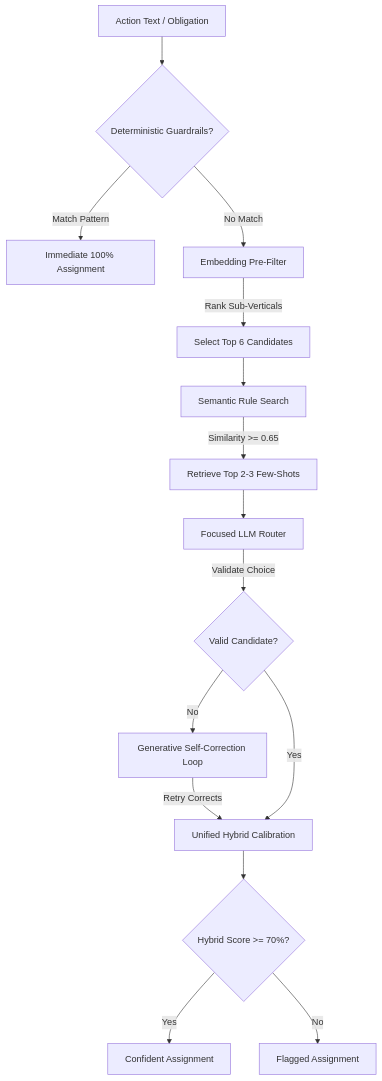
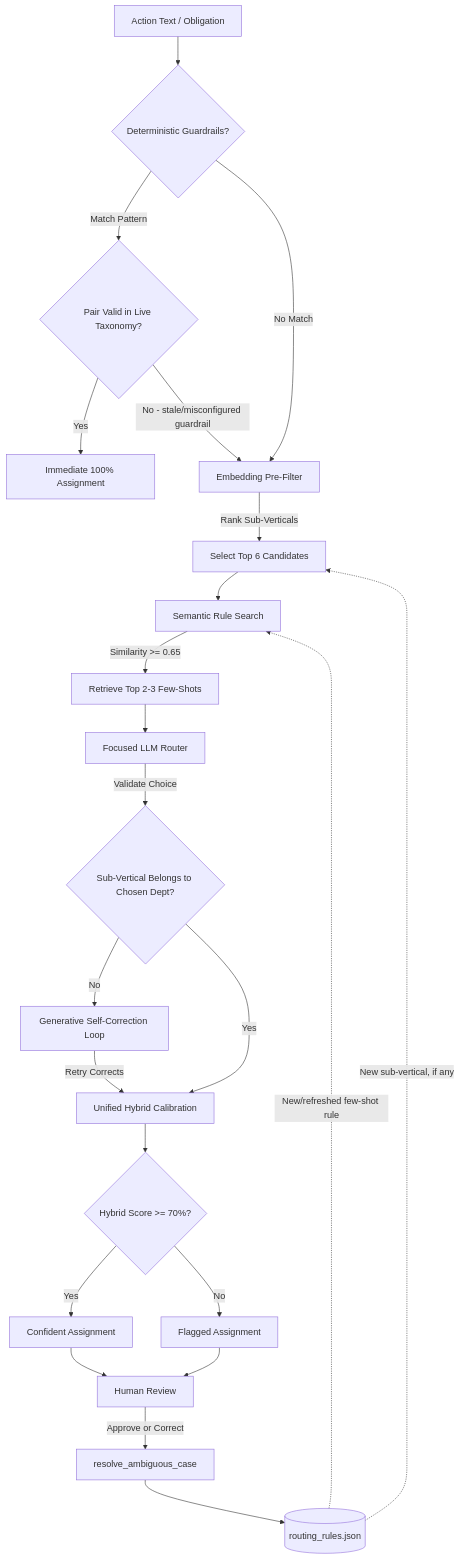
One commit to anshi-kandulna/arca changed the diagram in backend/routing_agent/README.md. Above: the diagram before and after it, drawn with Mermaid. The commit also changed other lines of this file and 1 other file, not shown here.

````diff
--- a/backend/routing_agent/README.md
+++ b/backend/routing_agent/README.md
@@ -13,17 +13,25 @@
 ```mermaid
 graph TD
     A[Action Text / Obligation] --> B{Deterministic Guardrails?}
-    B -->|Match Pattern| C[Immediate 100% Assignment]
+    B -->|Match Pattern| B2{Pair Valid in Live Taxonomy?}
+    B2 -->|Yes| C[Immediate 100% Assignment]
+    B2 -->|No - stale/misconfigured guardrail| D
     B -->|No Match| D[Embedding Pre-Filter]
     D -->|Rank Sub-Verticals| E[Select Top 6 Candidates]
     E --> F[Semantic Rule Search]
     F -->|Similarity >= 0.65| G[Retrieve Top 2-3 Few-Shots]
     G --> H[Focused LLM Router]
-    H -->|Validate Choice| I{Valid Candidate?}
+    H -->|Validate Choice| I{Sub-Vertical Belongs to Chosen Dept?}
     I -->|No| J[Generative Self-Correction Loop]
     J -->|Retry Corrects| K[Unified Hybrid Calibration]
     I -->|Yes| K
     K --> L{Hybrid Score >= 70%?}
     L -->|Yes| M[Confident Assignment]
     L -->|No| N[Flagged Assignment]
+    M --> O[Human Review]
+    N --> O
+    O -->|Approve or Correct| P[resolve_ambiguous_case]
+    P --> Q[(routing_rules.json)]
+    Q -.->|New/refreshed few-shot rule| F
+    Q -.->|New sub-vertical, if any| E
 ```
````
